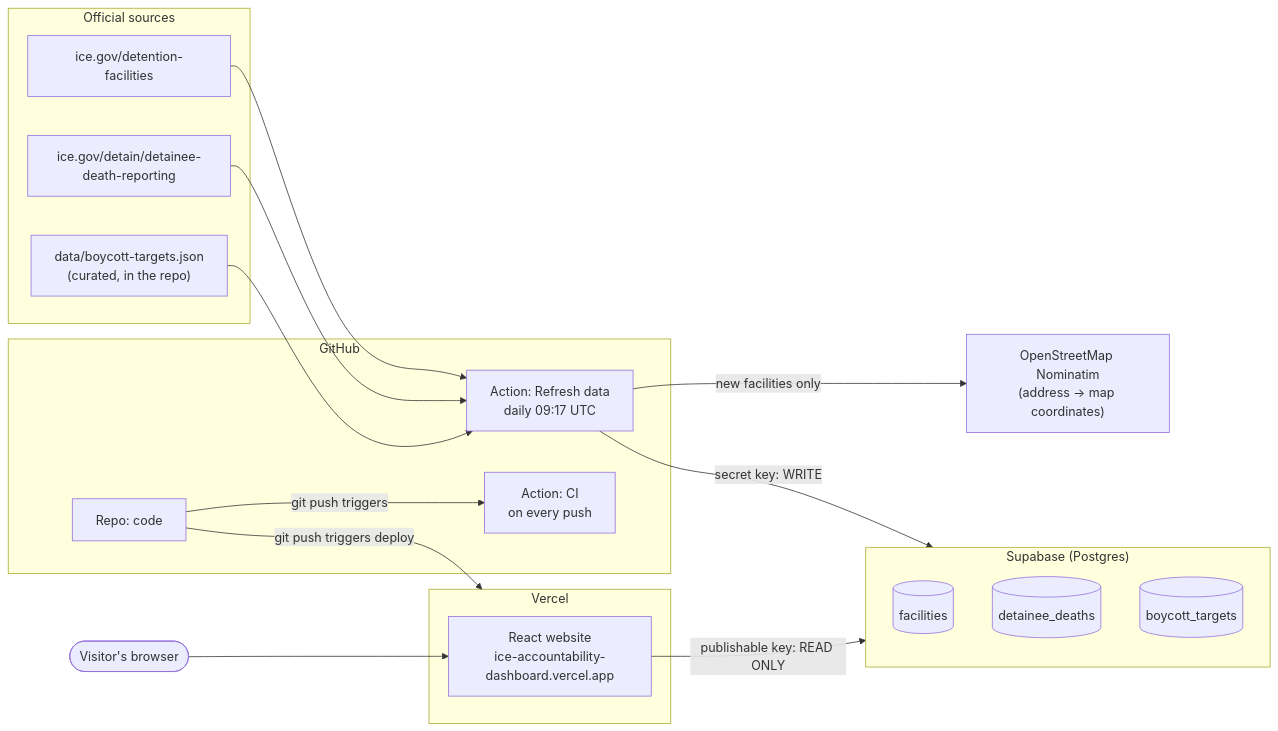
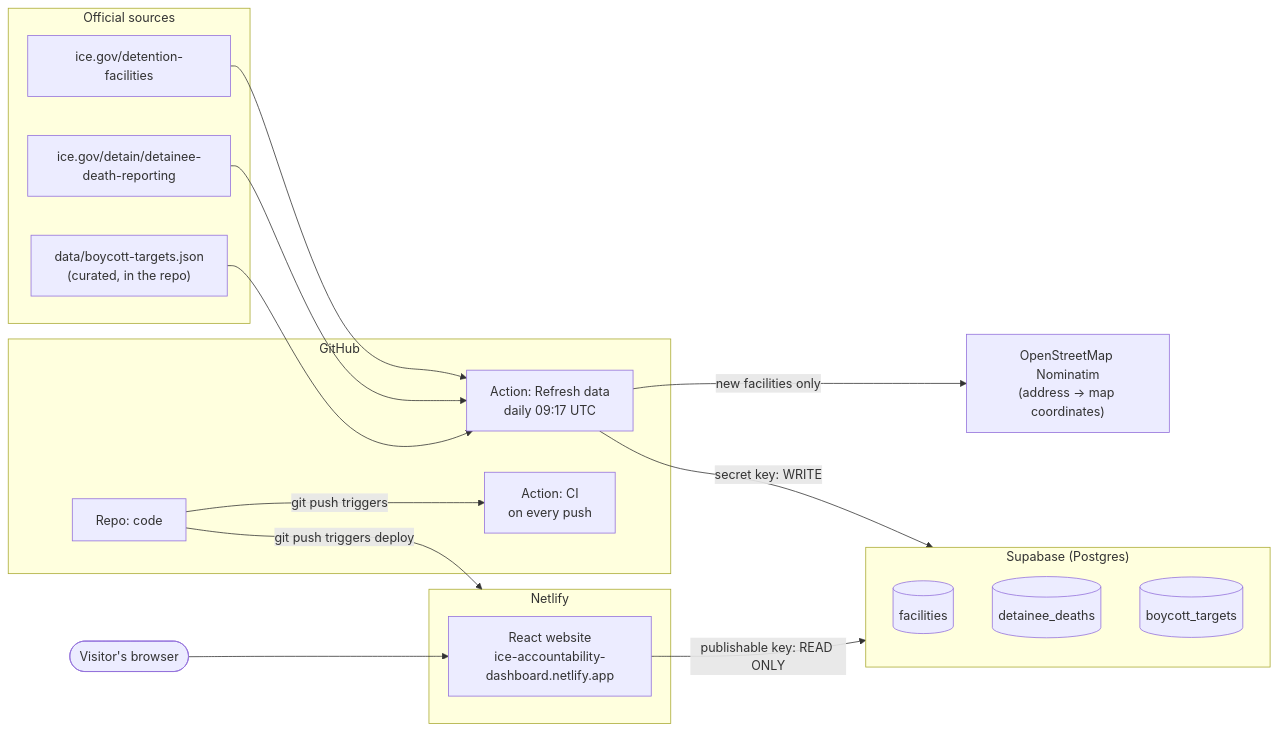
The diagram in docs/how-it-works.md (lexaabrahamsen/ice-accountability-dashboard), drawn with Mermaid before and after one commit. The commit also changed other lines of this file and 1 other file, not shown here.

Commit message:
Document Netlify as the live host

````diff
--- a/docs/how-it-works.md
+++ b/docs/how-it-works.md
@@ -20,36 +20,36 @@
 ```mermaid
 flowchart LR
     subgraph Sources["Official sources"]
         F["ice.gov/detention-facilities"]
         D["ice.gov/detain/detainee-death-reporting"]
         B["data/boycott-targets.json<br/>(curated, in the repo)"]
     end
 
     subgraph GH["GitHub"]
         CODE["Repo: code"]
         CRON["Action: Refresh data<br/>daily 09:17 UTC"]
         CI["Action: CI<br/>on every push"]
     end
 
     OSM["OpenStreetMap Nominatim<br/>(address → map coordinates)"]
 
     subgraph SB["Supabase (Postgres)"]
         T1[("facilities")]
         T2[("detainee_deaths")]
         T3[("boycott_targets")]
     end
 
-    subgraph VC["Vercel"]
-        SITE["React website<br/>ice-accountability-dashboard.vercel.app"]
+    subgraph VC["Netlify"]
+        SITE["React website<br/>ice-accountability-dashboard.netlify.app"]
     end
 
     USER(["Visitor's browser"])
 
     F & D & B --> CRON
     CRON -- "new facilities only" --> OSM
     CRON -- "secret key: WRITE" --> SB
     CODE -- "git push triggers" --> CI
     CODE -- "git push triggers deploy" --> VC
     USER --> SITE
     SITE -- "publishable key: READ ONLY" --> SB
 ```
````
